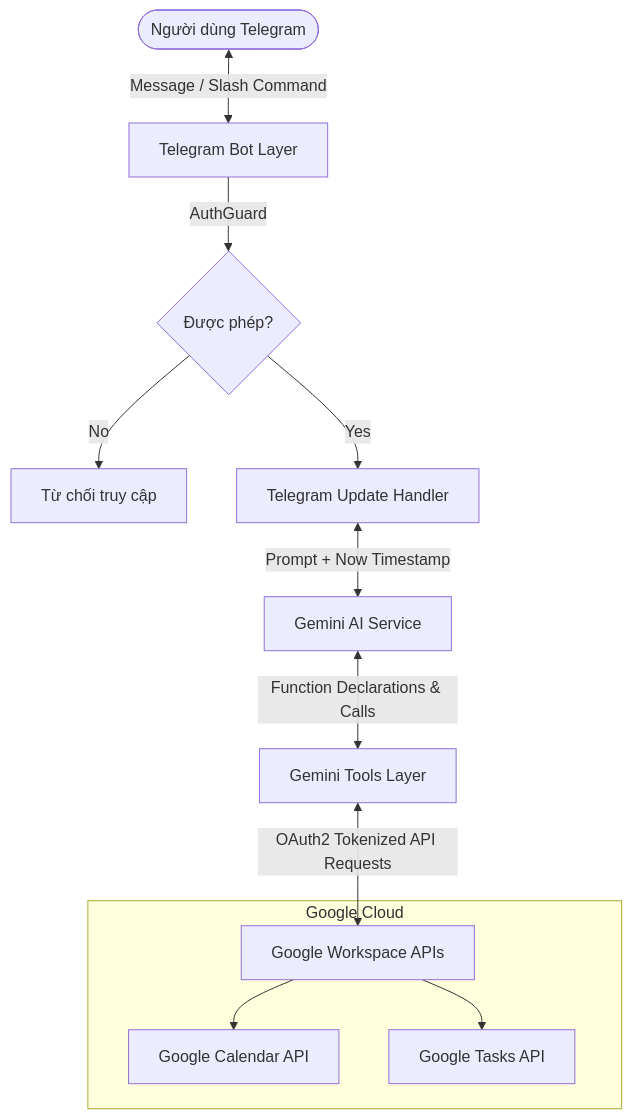
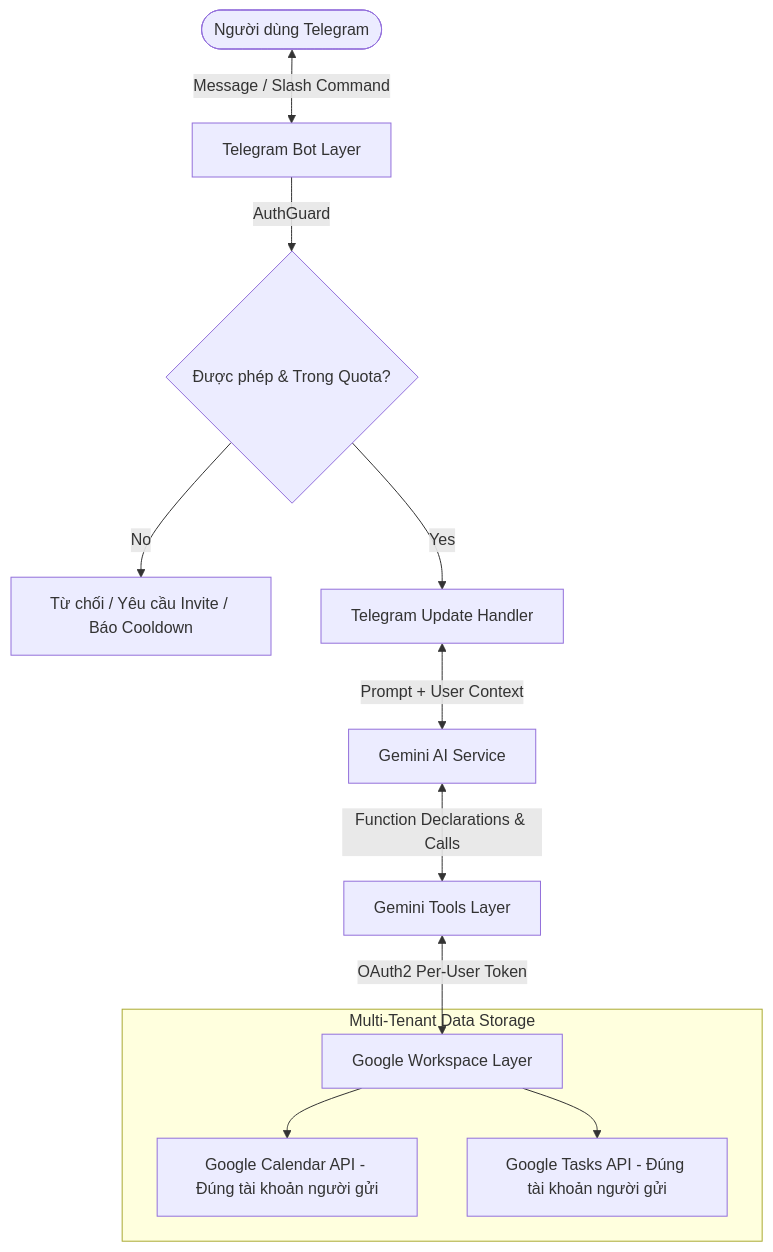
Before and after one commit to dat-dv/telebot: the first of 2 diagrams in docs/architecture.md, drawn with Mermaid. The commit also changed other lines of this file and 25 other files, not shown here.

Commit message:
feat: implement multi-user support for Google services with a new user persistence layer and scoped tool execution.

````diff
--- a/docs/architecture.md
+++ b/docs/architecture.md
@@ -14,16 +16,16 @@
 ```mermaid
 graph TD
     User([Người dùng Telegram]) <-->|Message / Slash Command| TG[Telegram Bot Layer]
-    TG -->|AuthGuard| Guard{Được phép?}
-    Guard -- No --> Reject[Từ chối truy cập]
+    TG -->|AuthGuard| Guard{Được phép & Trong Quota?}
+    Guard -- No --> Reject[Từ chối / Yêu cầu Invite / Báo Cooldown]
     Guard -- Yes --> Handler[Telegram Update Handler]
     
-    Handler <-->|Prompt + Now Timestamp| Gemini[Gemini AI Service]
+    Handler <-->|Prompt + User Context| Gemini[Gemini AI Service]
     Gemini <-->|Function Declarations & Calls| Tools[Gemini Tools Layer]
-    Tools <-->|OAuth2 Tokenized API Requests| Google[Google Workspace APIs]
+    Tools <-->|OAuth2 Per-User Token| Google[Google Workspace Layer]
     
-    subgraph Google Cloud
-        Google --> GCal[Google Calendar API]
-        Google --> GTasks[Google Tasks API]
+    subgraph Multi-Tenant Data Storage
+        Google --> GCal[Google Calendar API - Đúng tài khoản người gửi]
+        Google --> GTasks[Google Tasks API - Đúng tài khoản người gửi]
     end
 ```
````
